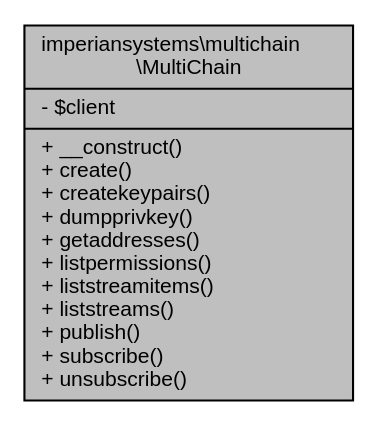
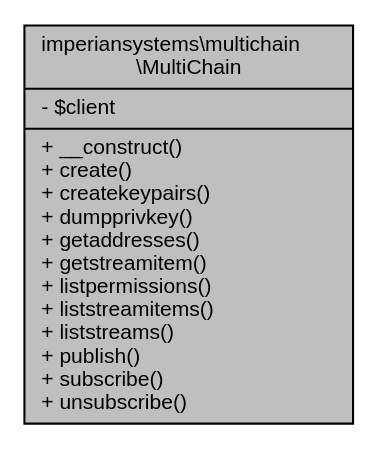
Before and after one commit to imperian-systems/multichain: the diagram in docs/classimperiansystems_1_1multichain_1_1MultiChain__coll__graph.dot, drawn with Graphviz. The commit also changed 11 other files, not shown here.

```diff
--- a/docs/classimperiansystems_1_1multichain_1_1MultiChain__coll__graph.dot
+++ b/docs/classimperiansystems_1_1multichain_1_1MultiChain__coll__graph.dot
@@ -1,6 +1,6 @@
 digraph "imperiansystems\multichain\MultiChain"
 {
   edge [fontname="Helvetica",fontsize="10",labelfontname="Helvetica",labelfontsize="10"];
   node [fontname="Helvetica",fontsize="10",shape=record];
-  Node1 [label="{imperiansystems\\multichain\l\\MultiChain\n|- $client\l|+ __construct()\l+ create()\l+ createkeypairs()\l+ dumpprivkey()\l+ getaddresses()\l+ listpermissions()\l+ liststreamitems()\l+ liststreams()\l+ publish()\l+ subscribe()\l+ unsubscribe()\l}",height=0.2,width=0.4,color="black", fillcolor="grey75", style="filled", fontcolor="black"];
+  Node1 [label="{imperiansystems\\multichain\l\\MultiChain\n|- $client\l|+ __construct()\l+ create()\l+ createkeypairs()\l+ dumpprivkey()\l+ getaddresses()\l+ getstreamitem()\l+ listpermissions()\l+ liststreamitems()\l+ liststreams()\l+ publish()\l+ subscribe()\l+ unsubscribe()\l}",height=0.2,width=0.4,color="black", fillcolor="grey75", style="filled", fontcolor="black"];
 }
```
